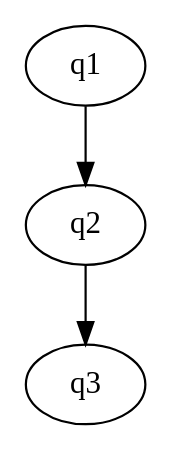
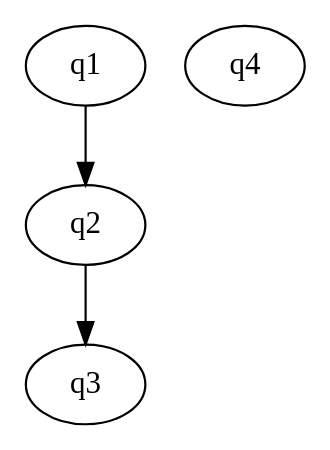
The diagram in algebra742live/content/question_digraphs/ch5.dot (cdurden/algebra742), drawn with Graphviz before and after one commit. The commit also changed 13 other files, not shown here.

Commit message:
AsyGraphicsQuestion

```diff
--- a/algebra742live/content/question_digraphs/ch5.dot
+++ b/algebra742live/content/question_digraphs/ch5.dot
@@ -1,7 +1,8 @@
 digraph ch5 {
   start=q1;
   q1 [class="Question.AsyGraphicsDrawingQuestion",params="{'template': 'NumberLine.asy', 'min':'-8', 'max':'8', 'Question': 'What is $1+1$?'}"];
   q2 [class="Question.QuestionOnePlusOne",params="{'Question': 'What is $1+1?'}"];
   q3 [class="Question.DrawingQuestion",params="{'Question': 'What is one plus one?'}"];
+  q4 [class="Question.DotGraphicsQuestion",params="{'template': 'ch5.dot'}"];
   q1 -> q2 -> q3;
 }
```
